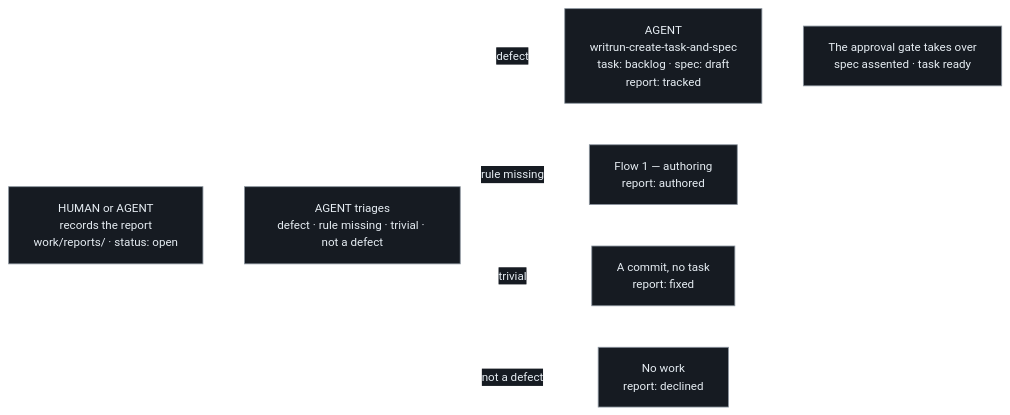
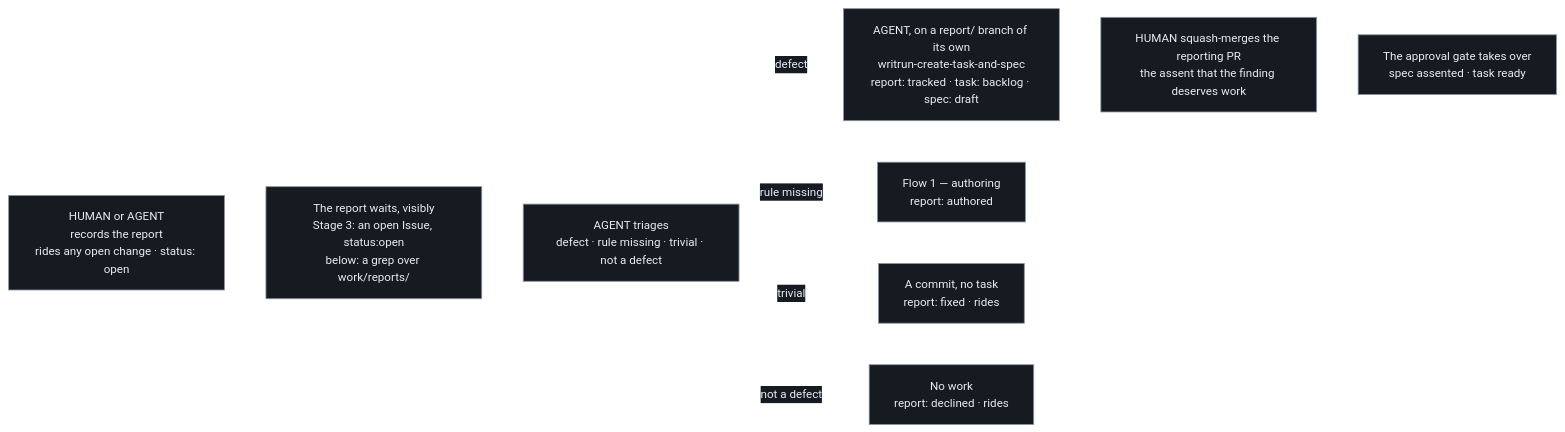
One commit to thomasfranke/writrun changed the second of 2 diagrams in docs/product/stage-1-tasks-and-specs/authoring.md. Above: the diagram before and after it, drawn with Mermaid. The commit also changed other lines of this file and 6 other files, not shown here.

````diff
--- a/docs/product/stage-1-tasks-and-specs/authoring.md
+++ b/docs/product/stage-1-tasks-and-specs/authoring.md
@@ -141,12 +155,15 @@
 ```mermaid
 %%{init: {'theme':'base','themeVariables':{'background':'#0d1117','primaryColor':'#161b22','primaryTextColor':'#e6edf3','primaryBorderColor':'#8b949e','lineColor':'#ffffff','secondaryColor':'#161b22','tertiaryColor':'#161b22','fontSize':'14px'}}}%%
 flowchart LR
-    A["HUMAN or AGENT<br/>records the report<br/>work/reports/ · status: open"]
+    A["HUMAN or AGENT<br/>records the report<br/>rides any open change · status: open"]
+    W["The report waits, visibly<br/>Stage 3: an open Issue, status:open<br/>below: a grep over work/reports/"]
     B["AGENT triages<br/>defect · rule missing · trivial · not a defect"]
-    C["AGENT<br/>writrun-create-task-and-spec<br/>task: backlog · spec: draft<br/>report: tracked"]
+    C["AGENT, on a report/ branch of its own<br/>writrun-create-task-and-spec<br/>report: tracked · task: backlog · spec: draft"]
+    H["HUMAN squash-merges the reporting PR<br/>the assent that the finding deserves work"]
     D["The approval gate takes over<br/>spec assented · task ready"]
-    A --> B -->|"defect"| C --> D
+    A --> W --> B
+    B -->|"defect"| C --> H --> D
     B -->|"rule missing"| E["Flow 1 — authoring<br/>report: authored"]
-    B -->|"trivial"| F["A commit, no task<br/>report: fixed"]
-    B -->|"not a defect"| G["No work<br/>report: declined"]
+    B -->|"trivial"| F["A commit, no task<br/>report: fixed · rides"]
+    B -->|"not a defect"| G["No work<br/>report: declined · rides"]
 ```
````
